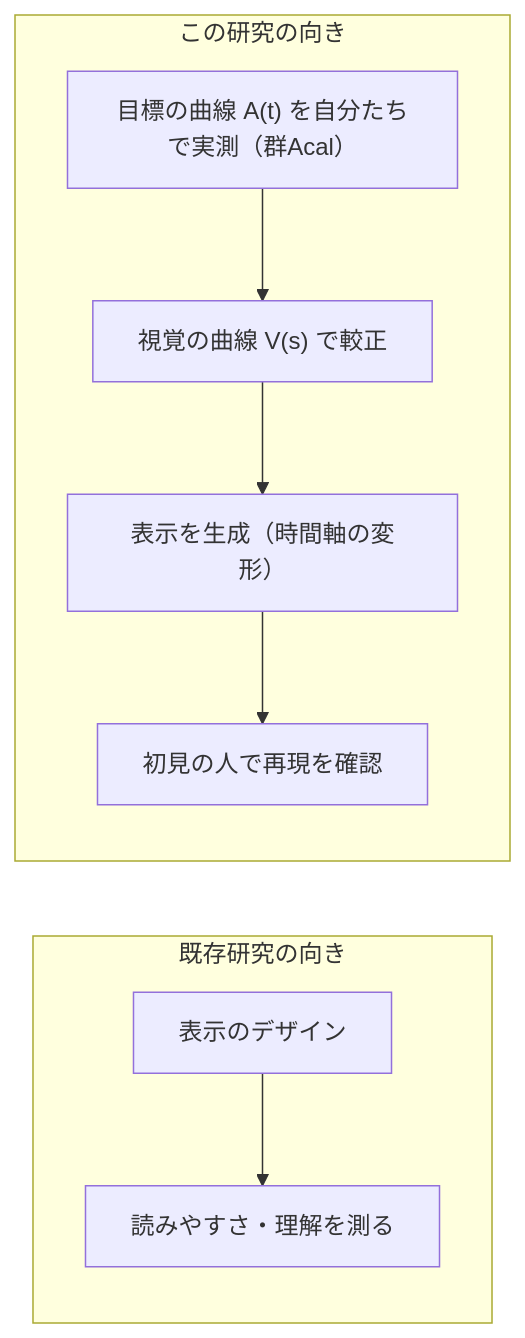
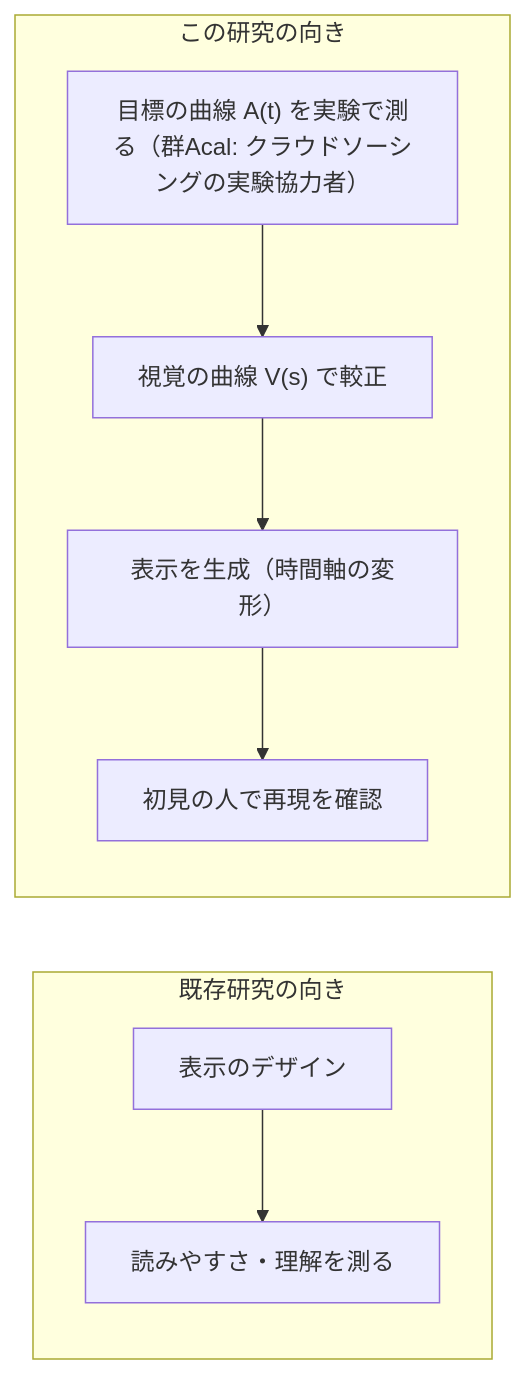
One commit to g19922ma/iFont changed the first of 4 diagrams in project/実験計画書_転写検証.md. Above: the diagram before and after it, drawn with Mermaid. The commit also changed other lines of this file, not shown here.

Commit message:
図1の表現修正: 実測の主体はクラウドソーシングの実験協力者と明記

````diff
--- a/project/実験計画書_転写検証.md
+++ b/project/実験計画書_転写検証.md
@@ -31,9 +31,9 @@
 ```mermaid
 flowchart LR
   subgraph 既存研究の向き
     a1[表示のデザイン] --> a2[読みやすさ・理解を測る]
   end
   subgraph この研究の向き
-    b1["目標の曲線 A(t) を自分たちで実測（群Acal）"] --> b2["視覚の曲線 V(s) で較正"] --> b3["表示を生成（時間軸の変形）"] --> b4["初見の人で再現を確認"]
+    b1["目標の曲線 A(t) を実験で測る（群Acal: クラウドソーシングの実験協力者）"] --> b2["視覚の曲線 V(s) で較正"] --> b3["表示を生成（時間軸の変形）"] --> b4["初見の人で再現を確認"]
   end
 ```
````
